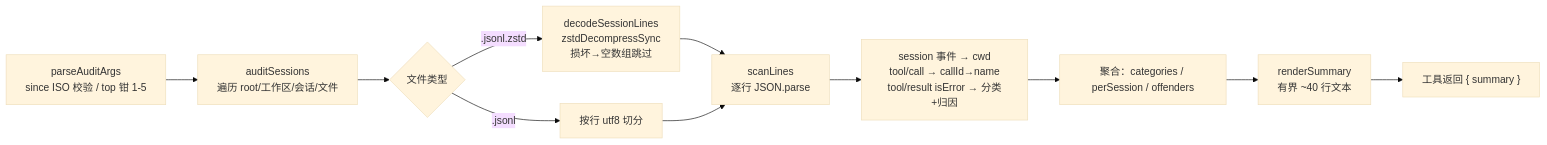
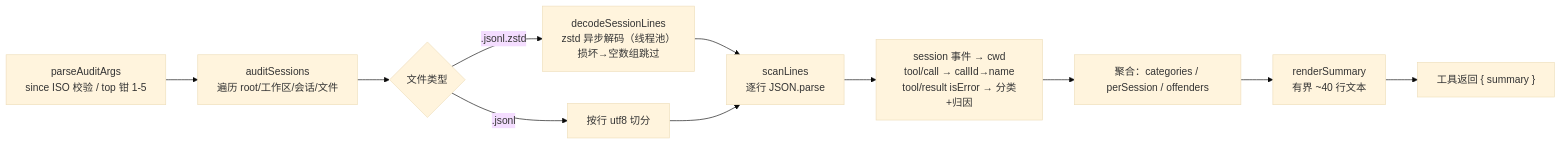
Before and after one commit to chocobo77/dsh-agent-session-tools: the fourth of 5 diagrams in docs/wiki/02-architecture.md, drawn with Mermaid (base theme). The commit also changed other lines of this file and 18 other files, not shown here.

````diff
--- a/docs/wiki/02-architecture.md
+++ b/docs/wiki/02-architecture.md
@@ -153,13 +153,13 @@
 ```mermaid
 graph LR
     A["parseAuditArgs<br/>since ISO 校验 / top 钳 1-5"] --> B["auditSessions<br/>遍历 root/工作区/会话/文件"]
     B --> C{"文件类型"}
-    C -->|".jsonl.zstd"| D["decodeSessionLines<br/>zstdDecompressSync<br/>损坏→空数组跳过"]
+    C -->|".jsonl.zstd"| D["decodeSessionLines<br/>zstd 异步解码（线程池）<br/>损坏→空数组跳过"]
     C -->|".jsonl"| E["按行 utf8 切分"]
     D --> F["scanLines<br/>逐行 JSON.parse"]
     E --> F
     F --> G["session 事件 → cwd<br/>tool/call → callId→name<br/>tool/result isError → 分类+归因"]
     G --> H["聚合：categories / perSession / offenders"]
     H --> I["renderSummary<br/>有界 ~40 行文本"]
     I --> J["工具返回 { summary }"]
 ```
````
